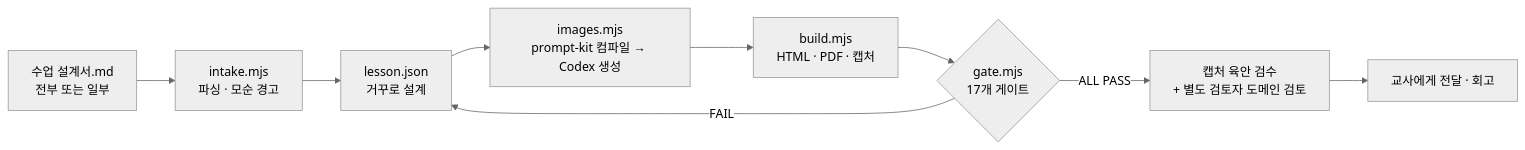
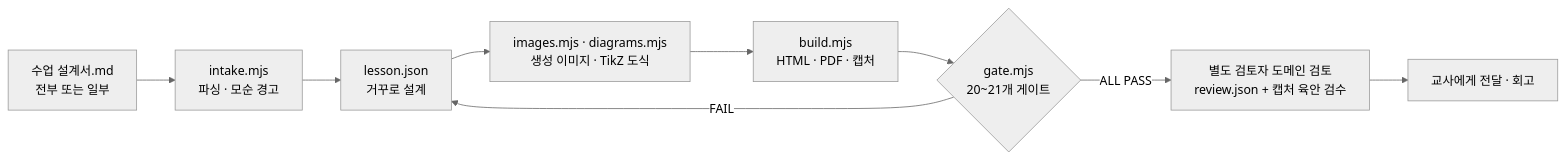
Before and after one commit to sehunYang/classforge: the diagram in README.md, drawn with Mermaid (neutral theme). The commit also changed other lines of this file and 280 other files, not shown here.

First line of the commit message:
삽화 규칙 전면 개편: 손그림 SVG 금지, LaTeX 도식, 구독 경로 이미지, 도메인 검토 게이트

````diff
--- a/README.md
+++ b/README.md
@@ -44,11 +55,11 @@
 ```mermaid
 flowchart LR
   A[수업 설계서.md<br/>전부 또는 일부] --> B[intake.mjs<br/>파싱 · 모순 경고]
   B --> C[lesson.json<br/>거꾸로 설계]
-  C --> D[images.mjs<br/>prompt-kit 컴파일 → Codex 생성]
+  C --> D[images.mjs · diagrams.mjs<br/>생성 이미지 · TikZ 도식]
   D --> E[build.mjs<br/>HTML · PDF · 캡처]
-  E --> F{gate.mjs<br/>17개 게이트}
+  E --> F{gate.mjs<br/>20~21개 게이트}
   F -- FAIL --> C
-  F -- ALL PASS --> G[캡처 육안 검수<br/>+ 별도 검토자 도메인 검토]
+  F -- ALL PASS --> G[별도 검토자 도메인 검토<br/>review.json + 캡처 육안 검수]
   G --> H[교사에게 전달 · 회고]
 ```
````
